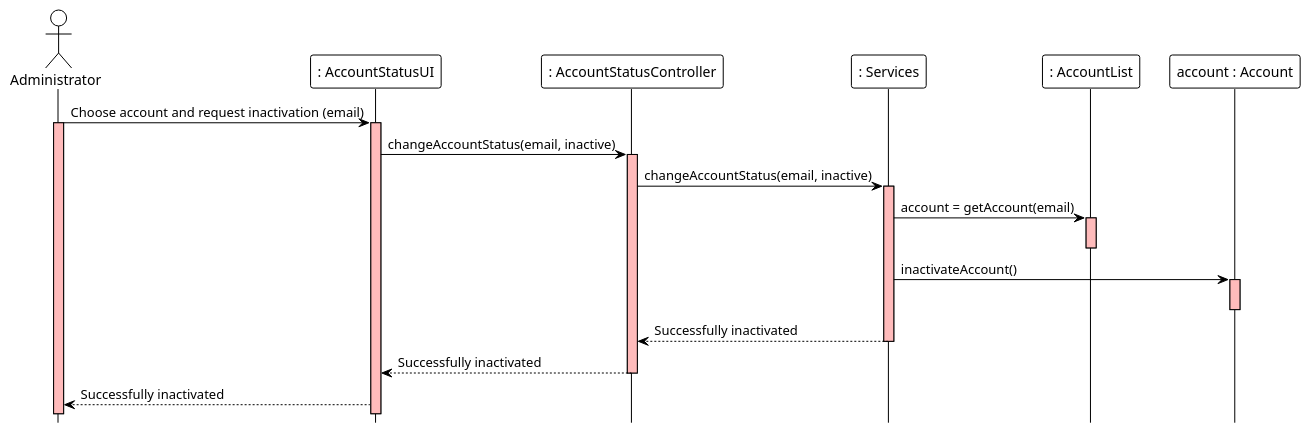
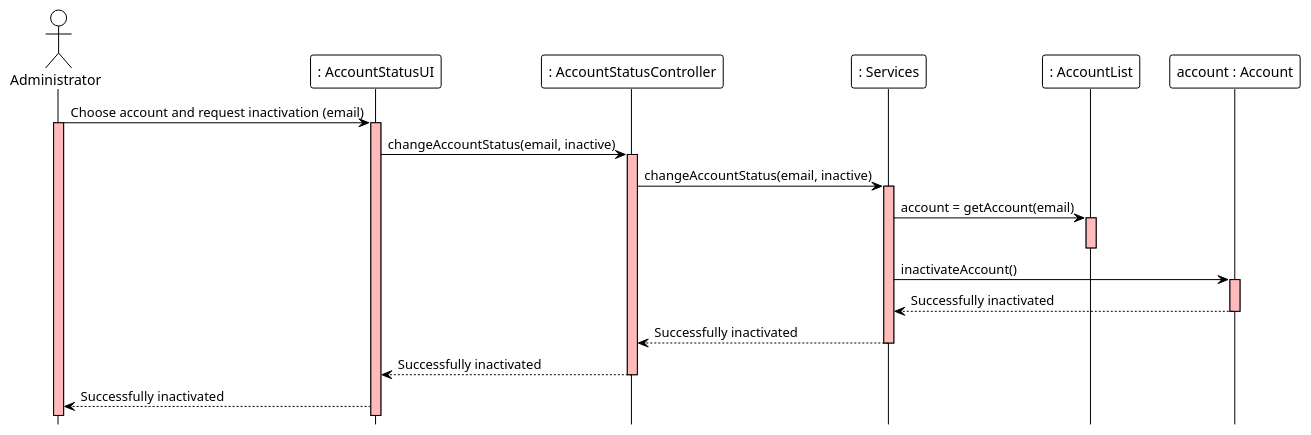
The diagram in docs/modelling_design/user_stories/us005/US005_InactivateUserAccountSD.puml (ivo-menezes/project_g3), drawn with PlantUML before and after one commit.

Commit message:
US005: Design: updated InactivateUserAccountSD

```diff
--- a/docs/modelling_design/user_stories/us005/US005_InactivateUserAccountSD.puml
+++ b/docs/modelling_design/user_stories/us005/US005_InactivateUserAccountSD.puml
@@ -1,32 +1,33 @@
 @startuml
 !theme plain
 hide footbox
 
 actor Administrator  as Administrator #white
 participant ": AccountStatusUI" as UI #white
 participant ": AccountStatusController" as Controller #white
 participant ": Services" as Services #white
 participant ": AccountList" as AccountList #white
 participant "account : Account" as Account #white
 
 'Administrator ->  Controller : 1.Choose account and request inactivation
 Administrator ->  UI : Choose account and request inactivation (email)
 activate UI #FFBBBB
 'activate Controller #FFBBBB
 activate Administrator #FFBBBB
 UI -> Controller: changeAccountStatus(email, inactive)
 activate Controller #FFBBBB
 Controller -> Services: changeAccountStatus(email, inactive)
 activate Services #FFBBBB
 Services -> AccountList: account = getAccount(email)
 activate AccountList #FFBBBB
 deactivate AccountList
 Services -> Account: inactivateAccount()
 activate Account #FFBBBB
+Account --> Services : Successfully inactivated
 deactivate Account
 Services --> Controller : Successfully inactivated
 deactivate Services
 Controller --> UI : Successfully inactivated
 deactivate Controller
 UI --> Administrator: Successfully inactivated
 @enduml
```
